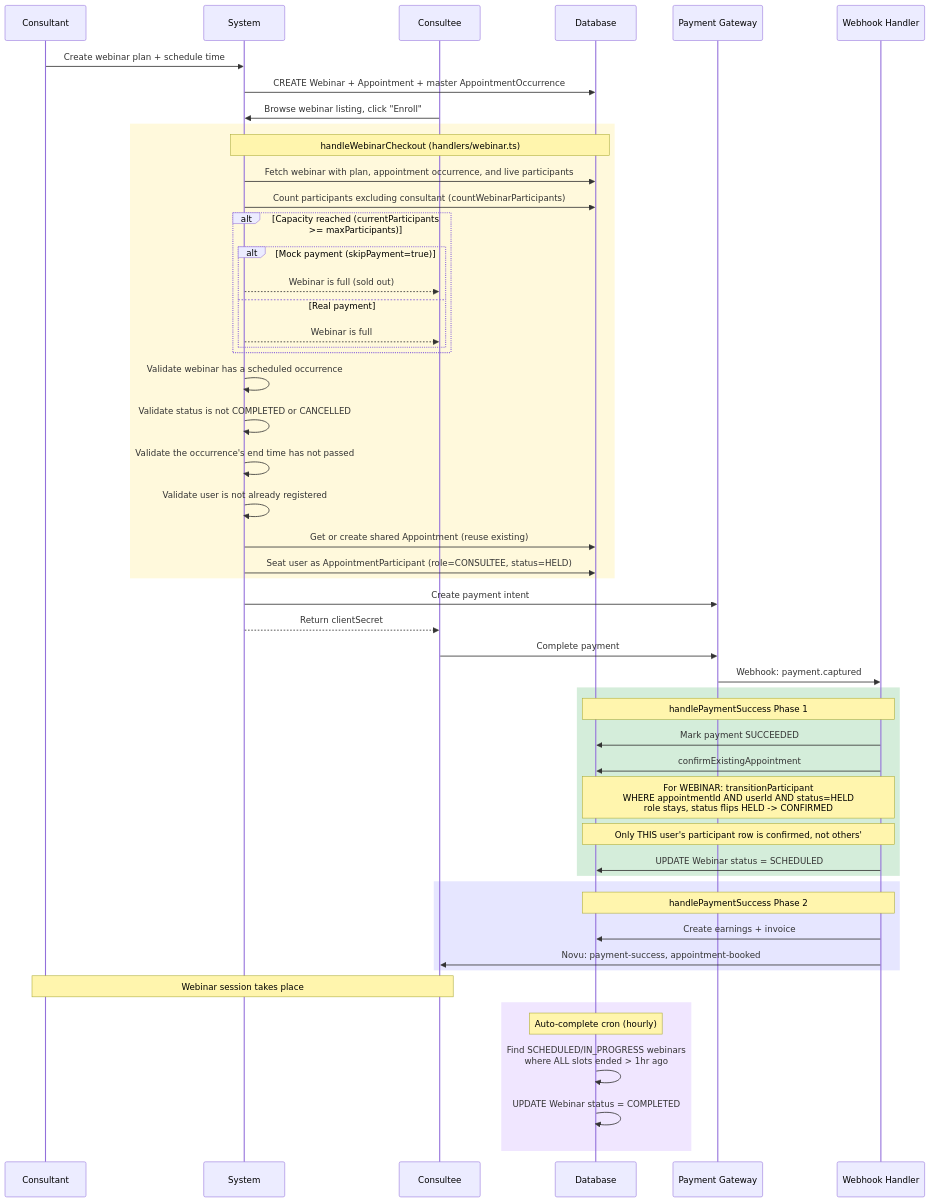
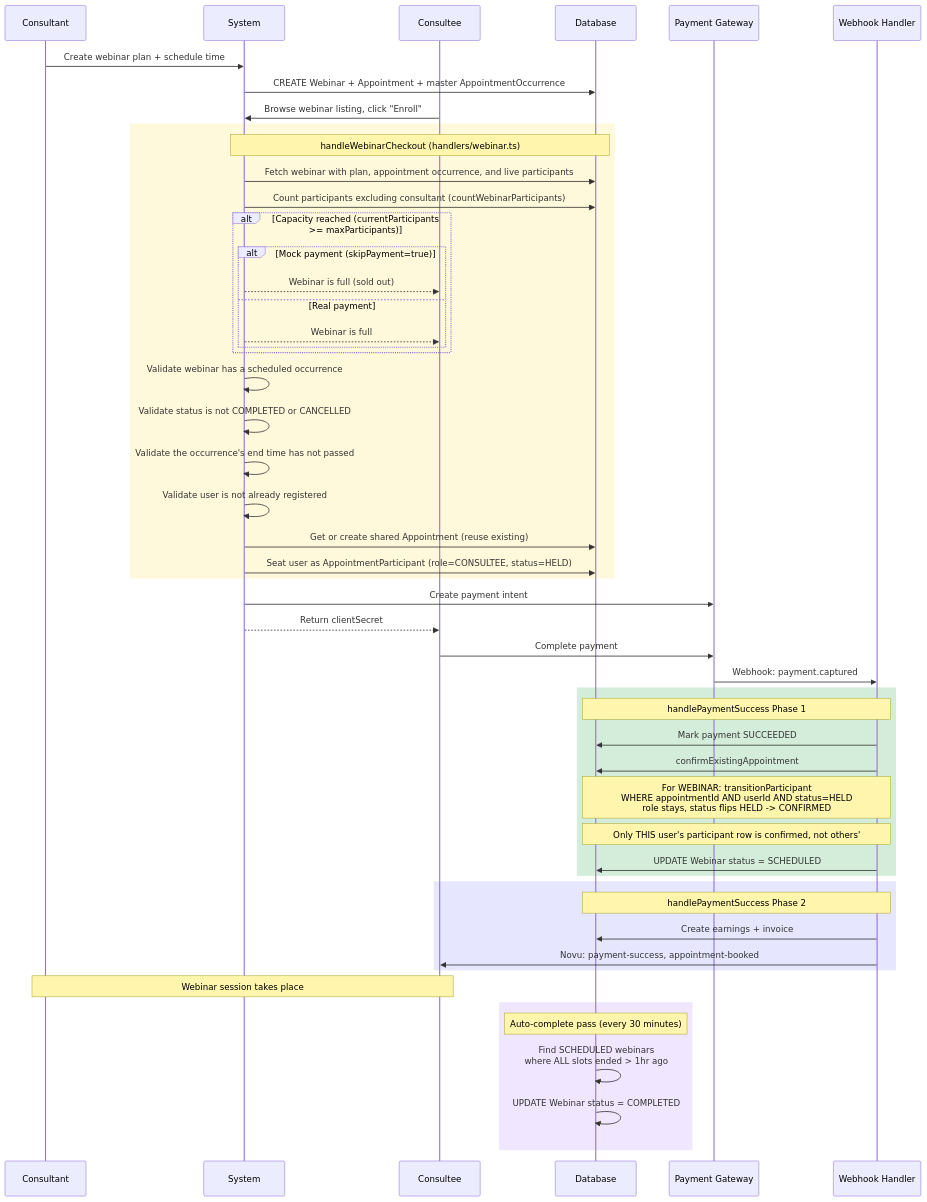
One commit to Practitionist/familiarise_web changed the sixth of 16 diagrams in docs/booking/06-booking-lifecycle.md. Above: the diagram before and after it, drawn with Mermaid. The commit also changed other lines of this file and 182 other files, not shown here.

````diff
--- a/docs/booking/06-booking-lifecycle.md
+++ b/docs/booking/06-booking-lifecycle.md
@@ -434,64 +434,64 @@
 ```mermaid
 sequenceDiagram
     participant CT as Consultant
     participant SYS as System
     participant CE as Consultee
     participant DB as Database
     participant GW as Payment Gateway
     participant WH as Webhook Handler
 
     CT->>SYS: Create webinar plan + schedule time
     SYS->>DB: CREATE Webinar + Appointment + master AppointmentOccurrence
 
     CE->>SYS: Browse webinar listing, click "Enroll"
 
     rect rgb(255, 249, 220)
         Note over SYS,DB: handleWebinarCheckout (handlers/webinar.ts)
         SYS->>DB: Fetch webinar with plan, appointment occurrence, and live participants
         SYS->>DB: Count participants excluding consultant (countWebinarParticipants)
 
         alt Capacity reached (currentParticipants >= maxParticipants)
             alt Mock payment (skipPayment=true)
                 SYS-->>CE: Webinar is full (sold out)
             else Real payment
                 SYS-->>CE: Webinar is full
             end
         end
 
         SYS->>SYS: Validate webinar has a scheduled occurrence
         SYS->>SYS: Validate status is not COMPLETED or CANCELLED
         SYS->>SYS: Validate the occurrence's end time has not passed
         SYS->>SYS: Validate user is not already registered
 
         SYS->>DB: Get or create shared Appointment (reuse existing)
         SYS->>DB: Seat user as AppointmentParticipant (role=CONSULTEE, status=HELD)
     end
 
     SYS->>GW: Create payment intent
     SYS-->>CE: Return clientSecret
     CE->>GW: Complete payment
     GW->>WH: Webhook: payment.captured
 
     rect rgb(212, 237, 218)
         Note over WH,DB: handlePaymentSuccess Phase 1
         WH->>DB: Mark payment SUCCEEDED
         WH->>DB: confirmExistingAppointment
         Note over WH,DB: For WEBINAR: transitionParticipant<br/>WHERE appointmentId AND userId AND status=HELD<br/>role stays, status flips HELD -> CONFIRMED
         Note over WH,DB: Only THIS user's participant row is confirmed, not others'
         WH->>DB: UPDATE Webinar status = SCHEDULED
     end
 
     rect rgb(230, 230, 255)
         Note over WH,DB: handlePaymentSuccess Phase 2
         WH->>DB: Create earnings + invoice
         WH->>CE: Novu: payment-success, appointment-booked
     end
 
     Note over CT,CE: Webinar session takes place
 
     rect rgb(240, 230, 255)
-        Note over DB: Auto-complete cron (hourly)
-        DB->>DB: Find SCHEDULED/IN_PROGRESS webinars<br/>where ALL slots ended > 1hr ago
+        Note over DB: Auto-complete pass (every 30 minutes)
+        DB->>DB: Find SCHEDULED webinars<br/>where ALL slots ended > 1hr ago
         DB->>DB: UPDATE Webinar status = COMPLETED
     end
 ```
````
